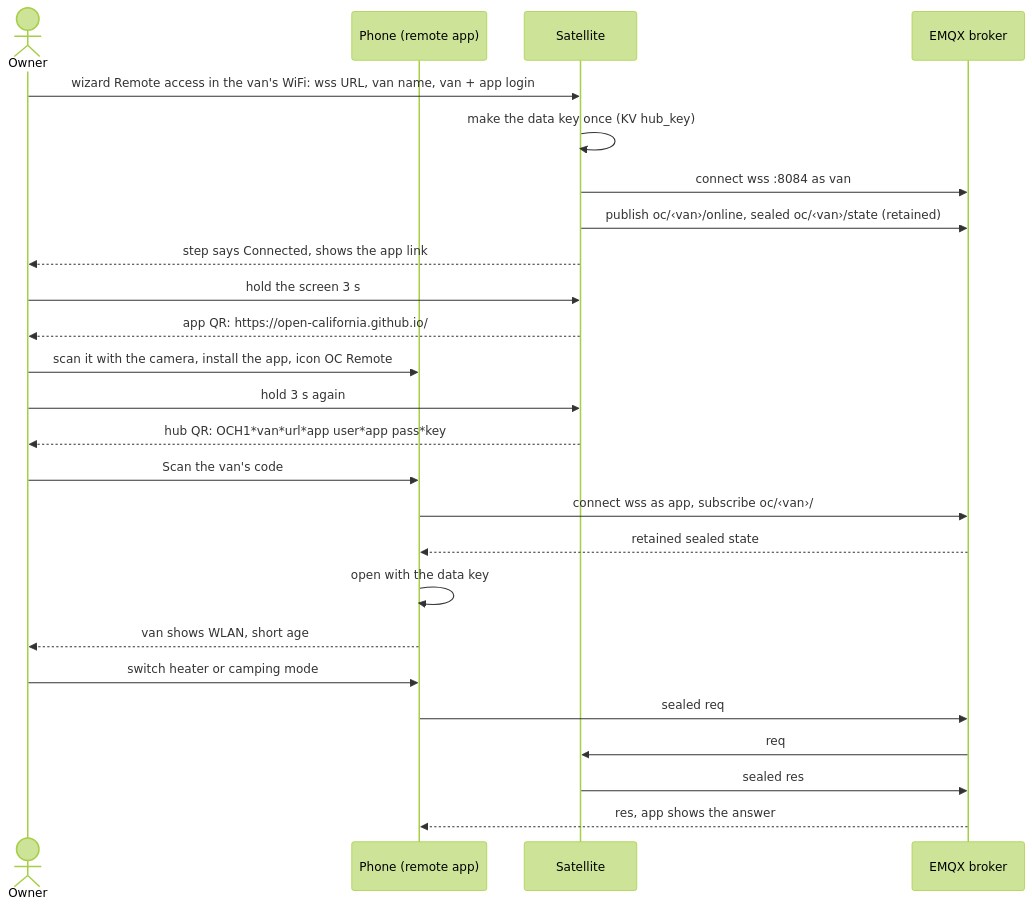
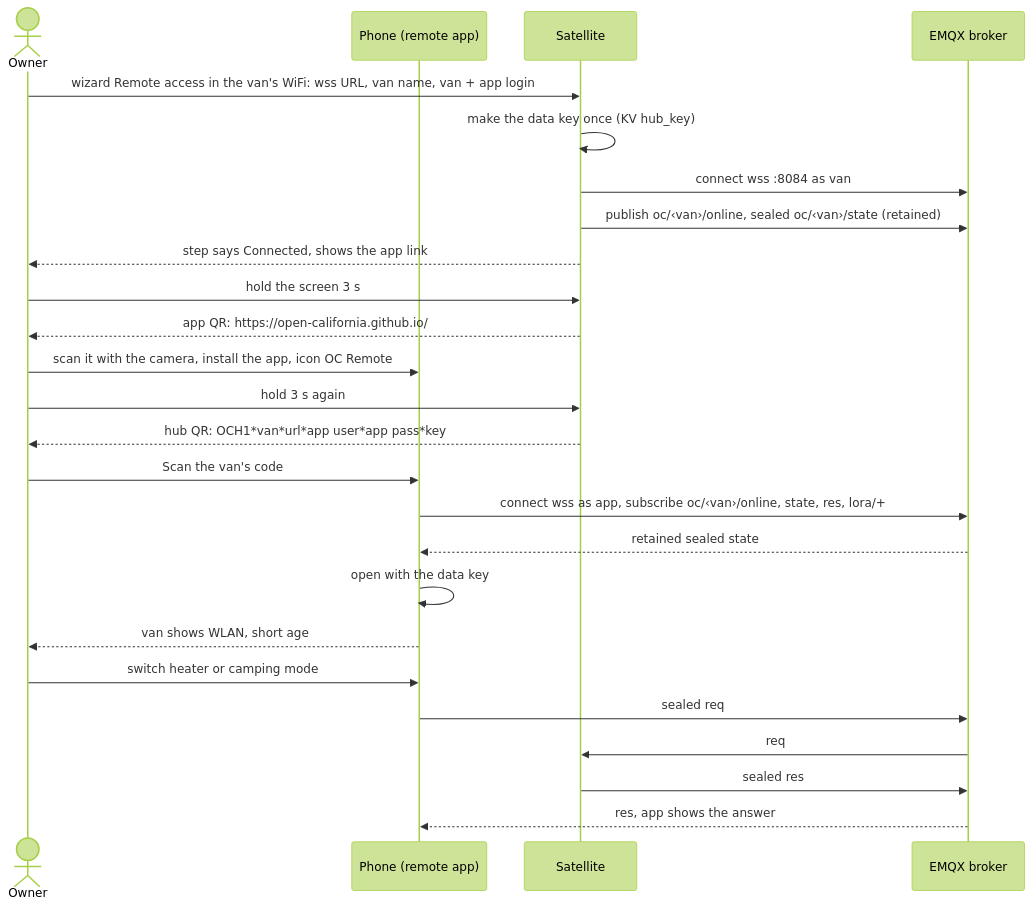
The fourth of 5 diagrams in docs/howto-remote-hub.md (ckeller42/open-california), drawn with Mermaid (forest theme) before and after one commit. The commit also changed other lines of this file and 31 other files, not shown here.

````diff
--- a/docs/howto-remote-hub.md
+++ b/docs/howto-remote-hub.md
@@ -465,28 +465,28 @@
 ```mermaid
 sequenceDiagram
 actor O as Owner
 participant P as Phone (remote app)
 participant E as Satellite
 participant B as EMQX broker
 O->>E: wizard Remote access in the van's WiFi: wss URL, van name, van + app login
 E->>E: make the data key once (KV hub_key)
 E->>B: connect wss :8084 as van
 E->>B: publish oc/‹van›/online, sealed oc/‹van›/state (retained)
 E-->>O: step says Connected, shows the app link
 O->>E: hold the screen 3 s
 E-->>O: app QR: https://open-california.github.io/
 O->>P: scan it with the camera, install the app, icon OC Remote
 O->>E: hold 3 s again
 E-->>O: hub QR: OCH1*van*url*app user*app pass*key
 O->>P: Scan the van's code
-P->>B: connect wss as app, subscribe oc/‹van›/#
+P->>B: connect wss as app, subscribe oc/‹van›/online, state, res, lora/+
 B-->>P: retained sealed state
 P->>P: open with the data key
 P-->>O: van shows WLAN, short age
 O->>P: switch heater or camping mode
 P->>B: sealed req
 B->>E: req
 E->>B: sealed res
 B-->>P: res, app shows the answer
 
 ```
````
